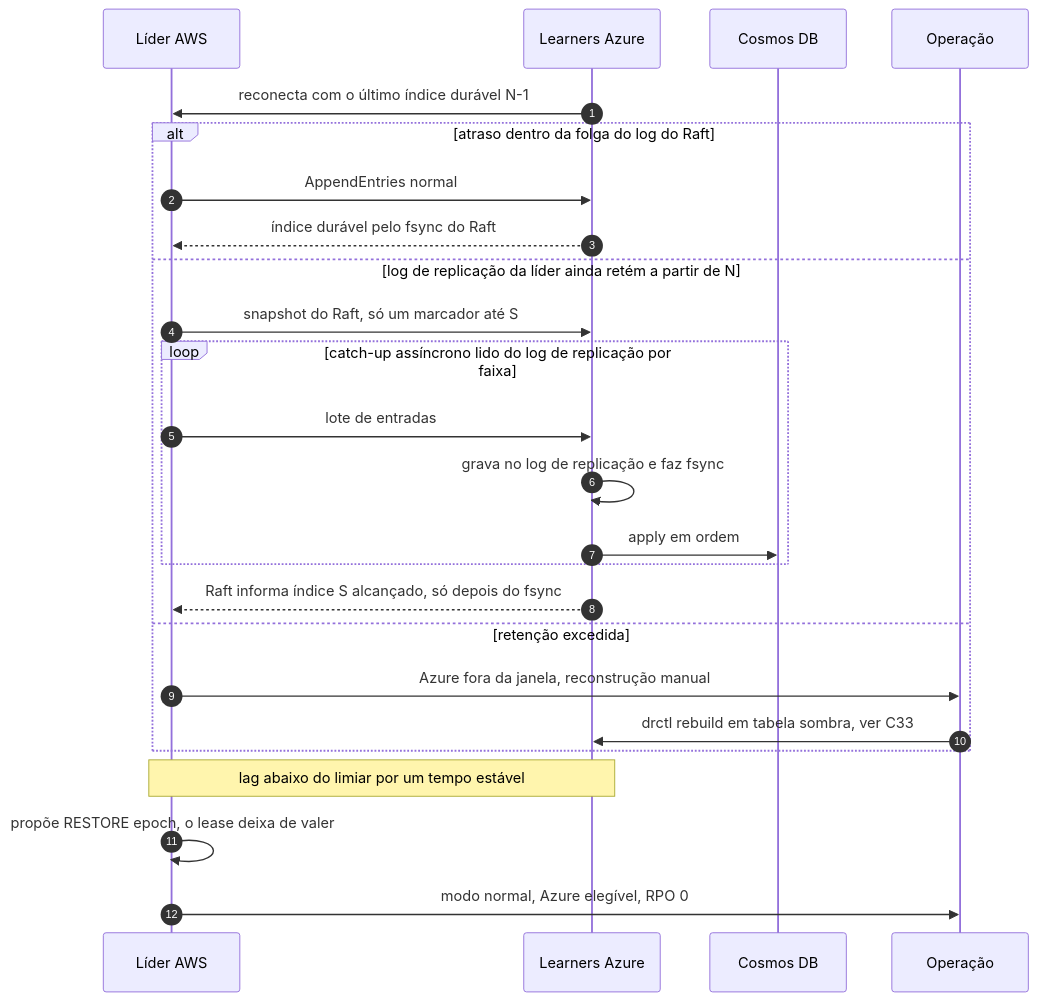
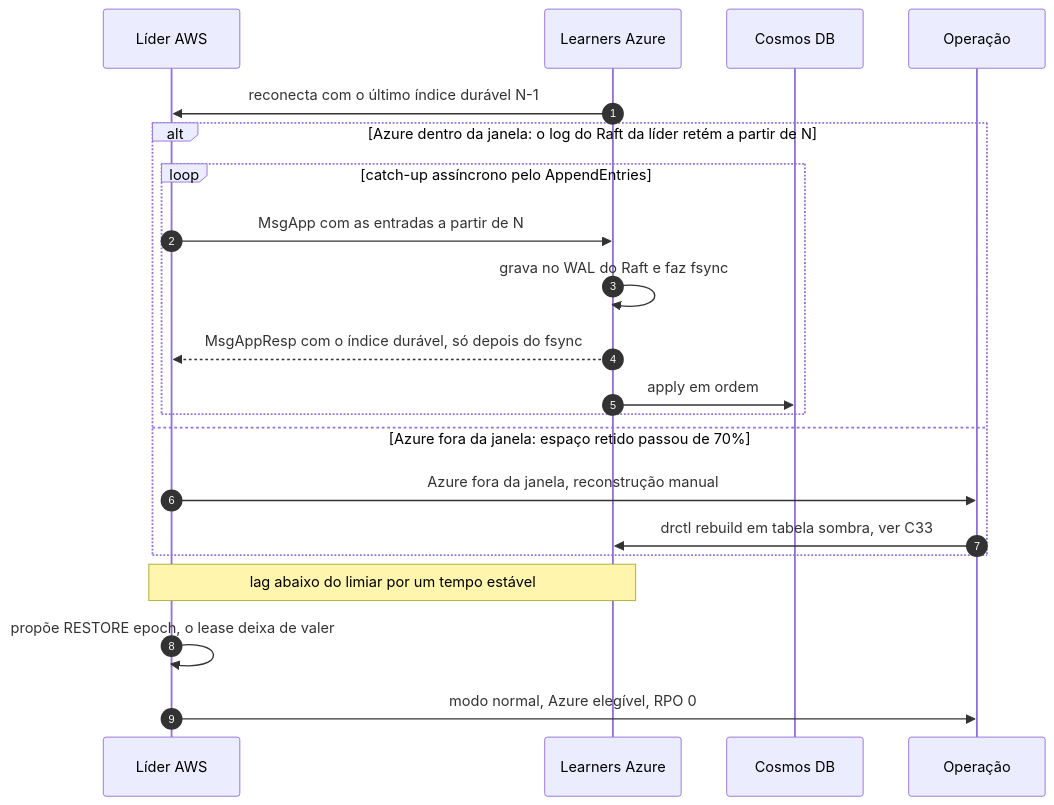
Before and after one commit to brbarmex/k: the diagram in doc/02_cenarios/atualizados/C13-ressincronizacao-da-azure.md, drawn with Mermaid. The commit also changed other lines of this file and 197 other files, not shown here.

First line of the commit message:
Remove o log de replicação (replog) e todas as menções

````diff
--- a/doc/02_cenarios/atualizados/C13-ressincronizacao-da-azure.md
+++ b/doc/02_cenarios/atualizados/C13-ressincronizacao-da-azure.md
@@ -13,27 +13,23 @@
 ```mermaid
 sequenceDiagram
     autonumber
     participant L as Líder AWS
     participant AZ as Learners Azure
     participant CDB as Cosmos DB
     participant OPS as Operação
     AZ->>L: reconecta com o último índice durável N-1
-    alt atraso dentro da folga do log do Raft
-        L->>AZ: AppendEntries normal
-        AZ-->>L: índice durável pelo fsync do Raft
-    else log de replicação da líder ainda retém a partir de N
-        L->>AZ: snapshot do Raft, só um marcador até S
-        loop catch-up assíncrono lido do log de replicação por faixa
-            L->>AZ: lote de entradas
-            AZ->>AZ: grava no log de replicação e faz fsync
+    alt Azure dentro da janela: o log do Raft da líder retém a partir de N
+        loop catch-up assíncrono pelo AppendEntries
+            L->>AZ: MsgApp com as entradas a partir de N
+            AZ->>AZ: grava no WAL do Raft e faz fsync
+            AZ-->>L: MsgAppResp com o índice durável, só depois do fsync
             AZ->>CDB: apply em ordem
         end
-        AZ-->>L: Raft informa índice S alcançado, só depois do fsync
-    else retenção excedida
+    else Azure fora da janela: espaço retido passou de 70%
         L->>OPS: Azure fora da janela, reconstrução manual
         OPS->>AZ: drctl rebuild em tabela sombra, ver C33
     end
     Note over L,AZ: lag abaixo do limiar por um tempo estável
     L->>L: propõe RESTORE epoch, o lease deixa de valer
     L->>OPS: modo normal, Azure elegível, RPO 0
 ```
````
